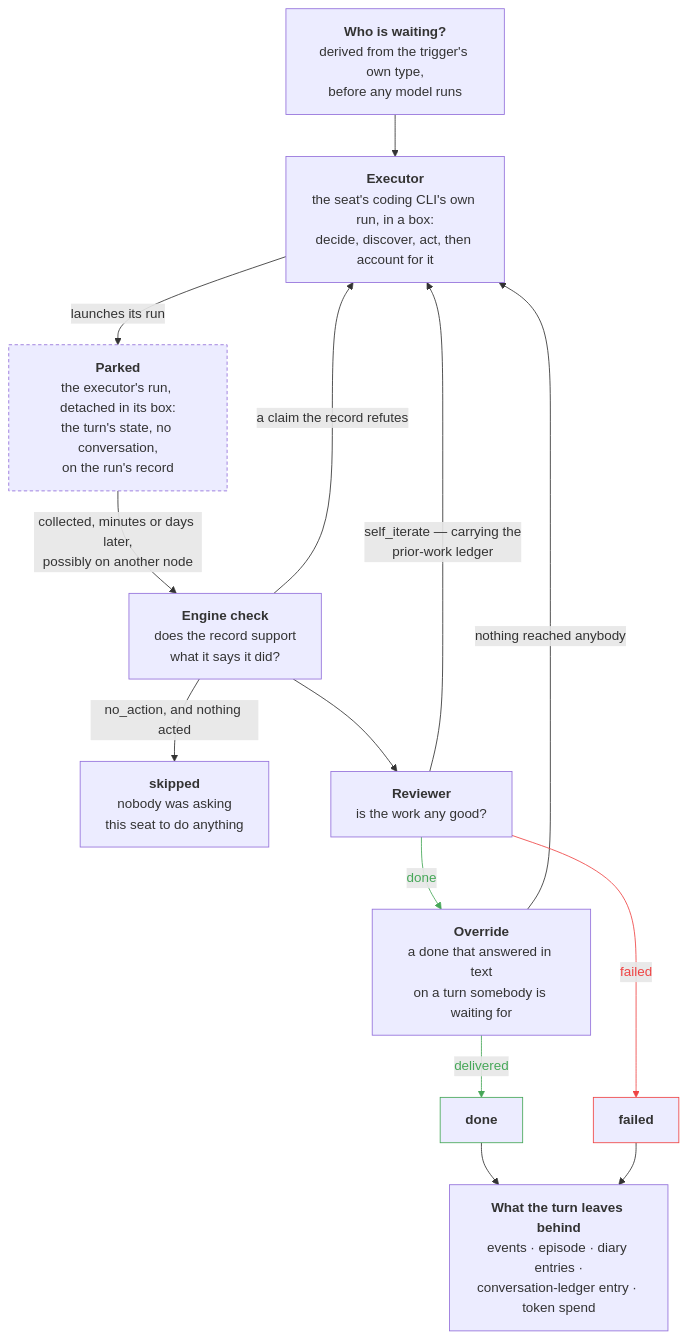
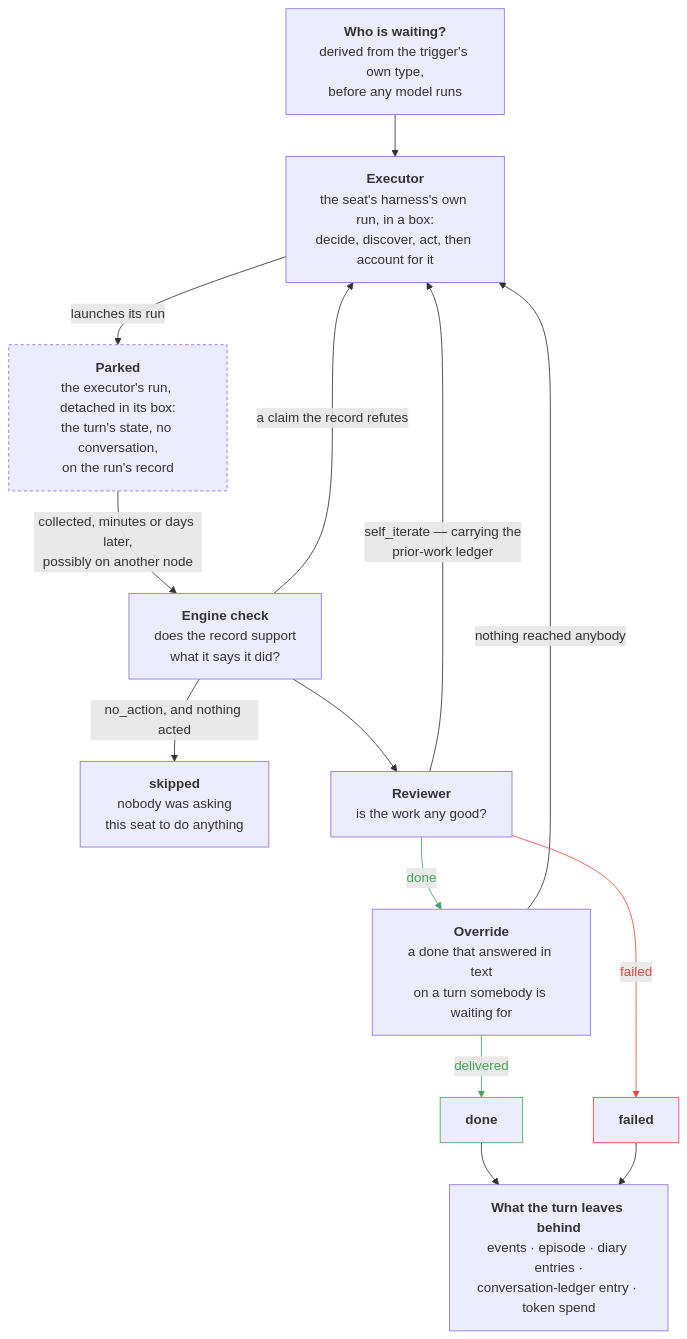
One commit to crewlet/crewlet changed the eighth of 10 diagrams in docs/concepts/architecture.md. Above: the diagram before and after it, drawn with Mermaid. The commit also changed other lines of this file and 64 other files, not shown here.

First line of the commit message:
docs(docs): say harness where the docs said coding CLI

````diff
--- a/docs/concepts/architecture.md
+++ b/docs/concepts/architecture.md
@@ -477,36 +477,36 @@
 ```mermaid
 flowchart TB
     WHO["<b>Who is waiting?</b><br/>derived from the trigger's own type,<br/>before any model runs"]
-    EXEC["<b>Executor</b><br/>the seat's coding CLI's own run, in a box:<br/>decide, discover, act, then account for it"]
+    EXEC["<b>Executor</b><br/>the seat's harness's own run, in a box:<br/>decide, discover, act, then account for it"]
     SUSP["<b>Parked</b><br/>the executor's run, detached in its box:<br/>the turn's state, no conversation,<br/>on the run's record"]
     CHECK["<b>Engine check</b><br/>does the record support<br/>what it says it did?"]
     SKIP["<b>skipped</b><br/>nobody was asking<br/>this seat to do anything"]
     REV["<b>Reviewer</b><br/>is the work any good?"]
     OVER["<b>Override</b><br/>a done that answered in text<br/>on a turn somebody is waiting for"]
     DONE["<b>done</b>"]
     FAIL["<b>failed</b>"]
     AFTER["<b>What the turn leaves behind</b><br/>events · episode · diary entries ·<br/>conversation-ledger entry · token spend"]
 
     WHO --> EXEC
     EXEC -->|"launches its run"| SUSP
     SUSP -->|"collected, minutes or days later,<br/>possibly on another node"| CHECK
     CHECK -->|"no_action, and nothing acted"| SKIP
     CHECK -->|"a claim the record refutes"| EXEC
     CHECK --> REV
     REV -->|done| OVER
     OVER -->|delivered| DONE
     OVER -->|"nothing reached anybody"| EXEC
     REV -->|"self_iterate — carrying the<br/>prior-work ledger"| EXEC
     REV -->|failed| FAIL
     DONE --> AFTER
     FAIL --> AFTER
 
     DONE:::ok
     FAIL:::danger
     SUSP:::happens
     classDef ok stroke:#46a758
     classDef danger stroke:#ef4444
     classDef happens stroke-dasharray:4 3
     linkStyle 6,7 stroke:#46a758,color:#46a758
     linkStyle 10 stroke:#ef4444,color:#ef4444
 ```
````
